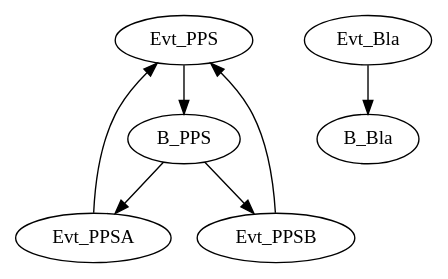
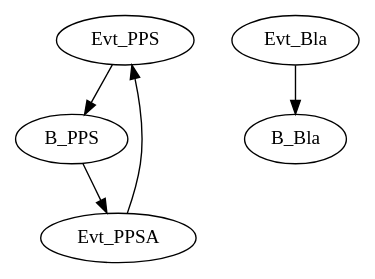
Before and after one commit to ebold/bel_projects: the diagram in modules/ftm/ftmx86/test.dot, drawn with Graphviz. The commit also changed 7 other files, not shown here.

```diff
--- a/modules/ftm/ftmx86/test.dot
+++ b/modules/ftm/ftmx86/test.dot
@@ -1,33 +1,31 @@
 digraph g {
 name="helloadv";
 
 graph []
 edge  [type="defdst"]
-node [qLo="1", qHi="1", qIl="1"];
+//node [qLo="1", qHi="1", qIl="1"];
 
 subgraph cpu0 {
   node  [cpu="0"];
 
-  Evt_PPS   [type="TMsg",   tOffs=          0,   fid=2, gid=5, evtno=205, sid=2, bpid=8, par="0x123"];
-  B_PPS     [type="block",  tPeriod=1000000000,  qLo="1"];
-  Evt_PPSA  [type="TMsg",   tOffs=          0,   fid=2, gid=5, evtno=205, sid=2, bpid=8, par="0x1"];
-  Evt_PPSB  [type="TMsg",   tOffs=          0,   fid=2, gid=5, evtno=205, sid=2, bpid=8, par="0x1" ];
+
+  Evt_PPS   [type="tmsg",   toffs=          0,   fid=2, gid=5, evtno=205, sid=2, bpid=8, par="0x123"];
+  B_PPS     [type="block",  tperiod=1000000000];
+  Evt_PPSA  [type="tmsg",   toffs=          0,   fid=2, gid=5, evtno=205, sid=2, bpid=8, par="0x1"];
 
   Evt_PPS   -> B_PPS;
-  B_PPS     -> Evt_PPSA;
-  B_PPS     -> Evt_PPSB [type="altdst"];
-  Evt_PPSA  -> Evt_PPS;
-  Evt_PPSB  -> Evt_PPS;
+  B_PPS->Evt_PPSA  -> Evt_PPS;
+
 }
 
 subgraph cpu1 {
   node  [cpu="1"];
 
-  Evt_Bla [type="TMsg",   tOffs=           0, id="0x0000000000000001", par="0x0"];
-  B_Bla   [type="block",  tPeriod=1000000000];
+  Evt_Bla [type="tmsg",   toffs=           0, id="0x0000000000000001", par="0x0"];
+  B_Bla   [type="block",  tperiod=1000000000];
 
   Evt_Bla -> B_Bla;
 
 }
 
 }
```
